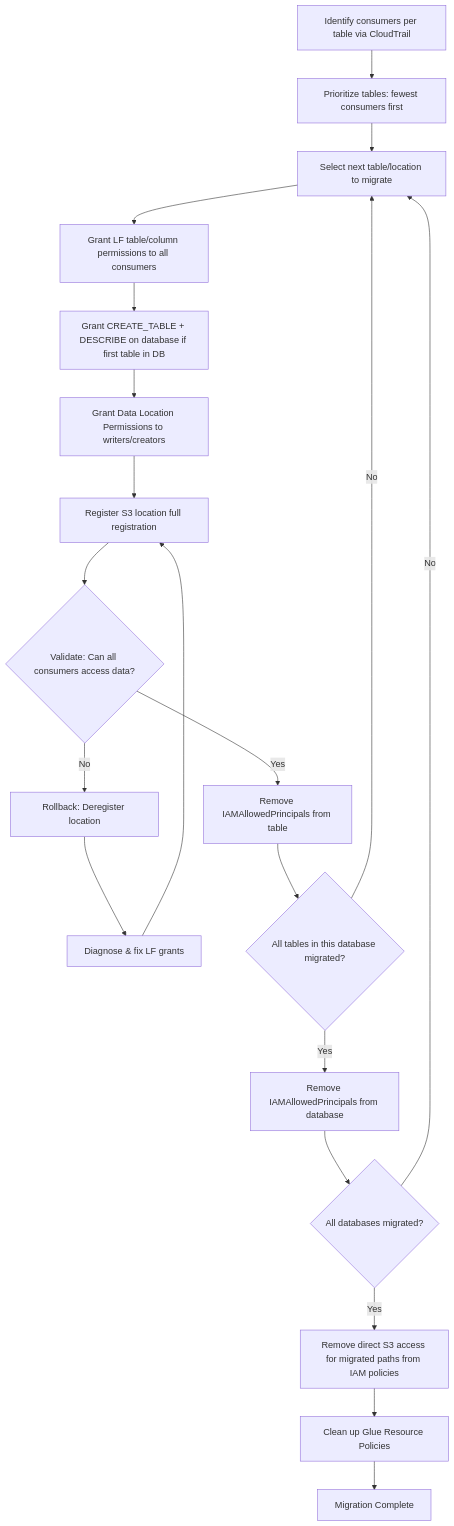
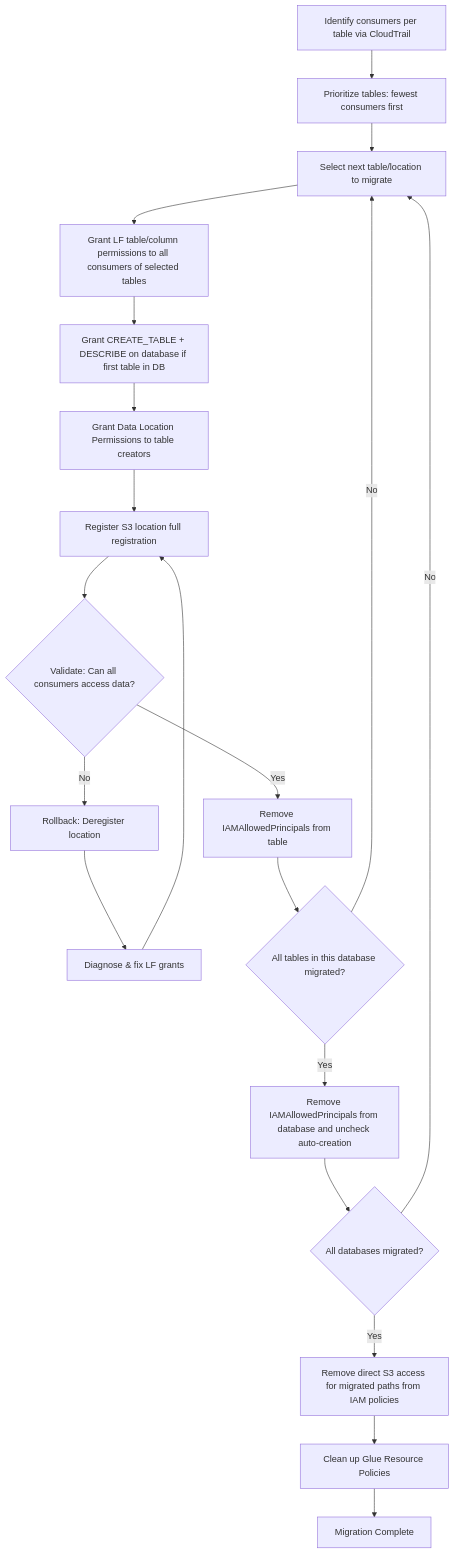
The first of 2 diagrams in content/adopting-lake-formation/transition-guide/single-account-transition-plan-1-per-resource.md (aws/aws-lakeformation-best-practices), drawn with Mermaid before and after one commit. The commit also changed other lines of this file, not shown here.

Commit message:
Minor fixes to single account transition plan for clarity.

````diff
--- a/content/adopting-lake-formation/transition-guide/single-account-transition-plan-1-per-resource.md
+++ b/content/adopting-lake-formation/transition-guide/single-account-transition-plan-1-per-resource.md
@@ -9,25 +9,25 @@
     ```mermaid
     flowchart TD
         A[Identify consumers per table via CloudTrail] --> B[Prioritize tables: fewest consumers first]
         B --> C[Select next table/location to migrate]
         
-        C --> D[Grant LF table/column permissions to all consumers]
+        C --> D[Grant LF table/column permissions to all consumers of selected tables]
         D --> E[Grant CREATE_TABLE + DESCRIBE on database if first table in DB]
-        E --> F[Grant Data Location Permissions to writers/creators]
+        E --> F[Grant Data Location Permissions to table creators]
         F --> G[Register S3 location full registration]
         G --> H{Validate: Can all consumers access data?}
         
         H -->|Yes| I[Remove IAMAllowedPrincipals from table]
         H -->|No| R1[Rollback: Deregister location]
         R1 --> R2[Diagnose & fix LF grants]
         R2 --> G
         
         I --> J{All tables in this database migrated?}
-        J -->|Yes| K[Remove IAMAllowedPrincipals from database]
+        J -->|Yes| K[Remove IAMAllowedPrincipals from database and uncheck auto-creation]
         J -->|No| C
         K --> L{All databases migrated?}
         L -->|No| C
         L -->|Yes| M[Remove direct S3 access for migrated paths from IAM policies]
         M --> N[Clean up Glue Resource Policies]
         N --> O[Migration Complete]
     ```
````
